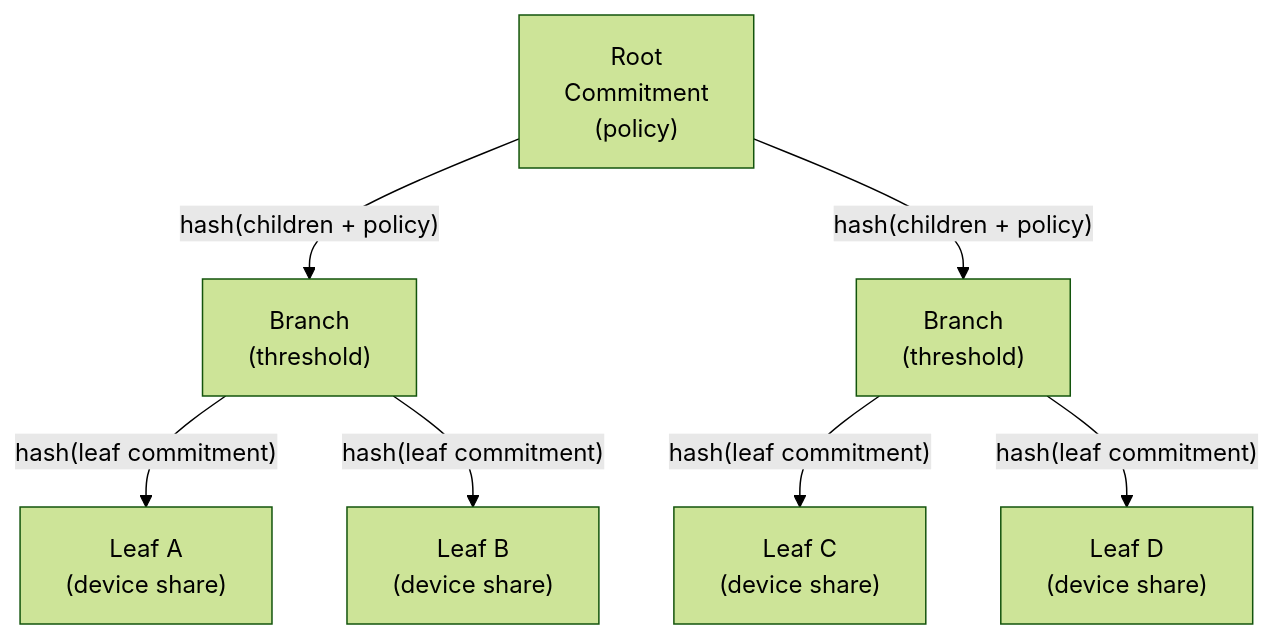
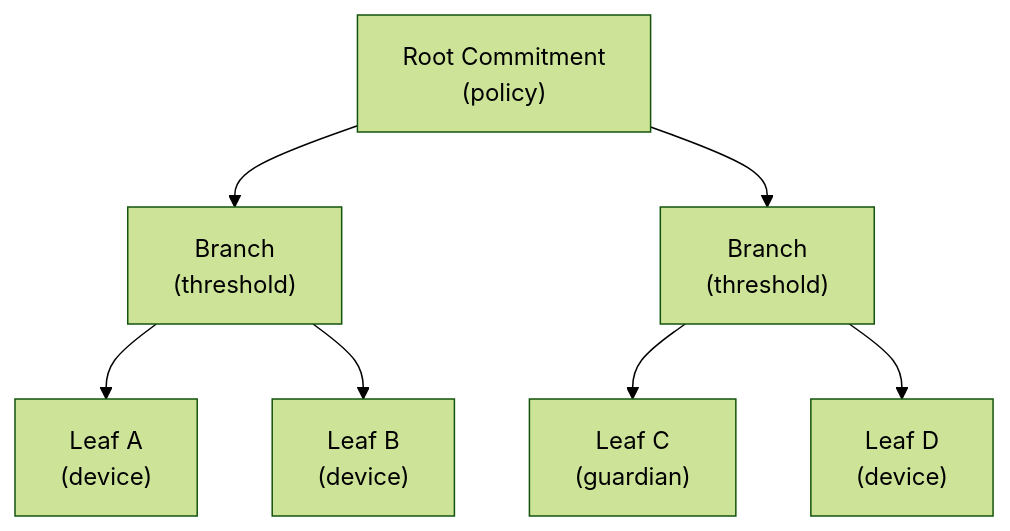
One commit to hxrts/aura changed the third of 3 diagrams in docs/101_accounts_and_commitment_tree.md. Above: the diagram before and after it, drawn with Mermaid (forest theme). The commit also changed other lines of this file and 29 other files, not shown here.

````diff
--- a/docs/101_accounts_and_commitment_tree.md
+++ b/docs/101_accounts_and_commitment_tree.md
@@ -308,17 +383,17 @@
 ```mermaid
 graph TD
-    R["Root<br/>Commitment<br/>(policy)"]
+    R["Root Commitment<br/>(policy)"]
     L1["Branch<br/>(threshold)"]
     L2["Branch<br/>(threshold)"]
-    A["Leaf A<br/>(device share)"]
-    B["Leaf B<br/>(device share)"]
-    C["Leaf C<br/>(device share)"]
-    D["Leaf D<br/>(device share)"]
+    A["Leaf A<br/>(device)"]
+    B["Leaf B<br/>(device)"]
+    C["Leaf C<br/>(guardian)"]
+    D["Leaf D<br/>(device)"]
 
-    R -->|"hash(children + policy)"| L1
-    R -->|"hash(children + policy)"| L2
-    L1 -->|"hash(leaf commitment)"| A
-    L1 -->|"hash(leaf commitment)"| B
-    L2 -->|"hash(leaf commitment)"| C
-    L2 -->|"hash(leaf commitment)"| D
+    R --> L1
+    R --> L2
+    L1 --> A
+    L1 --> B
+    L2 --> C
+    L2 --> D
 ```
````
